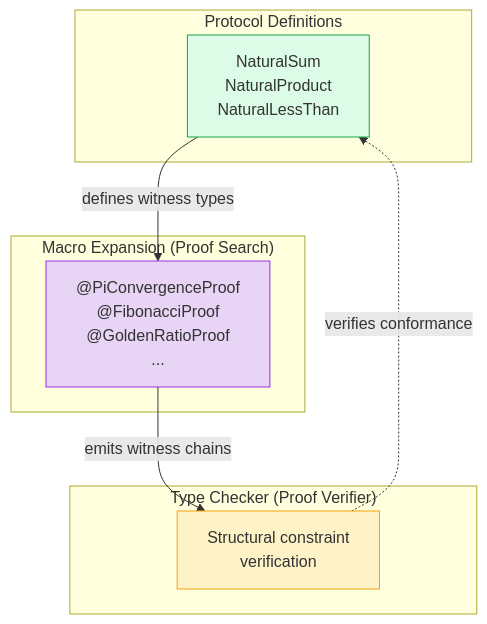
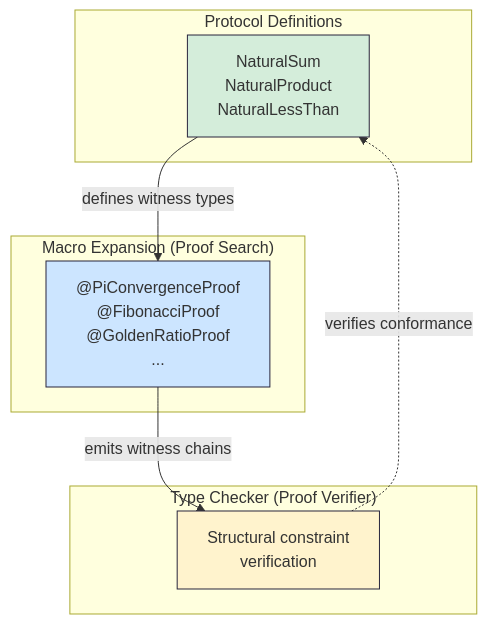
One commit to jakebromberg/misuse-of-notation changed the diagram in tutorial/diagrams/macro-architecture.mmd. Above: the diagram before and after it, drawn with Mermaid. The commit also changed 11 other files, not shown here.

Commit message:
Style diagrams to match reference: drop shadows, white fills, dark strokes

```diff
--- a/tutorial/diagrams/macro-architecture.mmd
+++ b/tutorial/diagrams/macro-architecture.mmd
@@ -1,20 +1,20 @@
 flowchart TB
     subgraph Protocols ["Protocol Definitions"]
         P["NaturalSum\nNaturalProduct\nNaturalLessThan"]
     end
 
     subgraph Macros ["Macro Expansion (Proof Search)"]
         M["@PiConvergenceProof\n@FibonacciProof\n@GoldenRatioProof\n..."]
     end
 
     subgraph Checker ["Type Checker (Proof Verifier)"]
         C["Structural constraint\nverification"]
     end
 
     P -- "defines witness types" --> M
     M -- "emits witness chains" --> C
     C -. "verifies conformance" .-> P
 
-    style P fill:#dcfce7,stroke:#16a34a
-    style M fill:#e8d5f5,stroke:#9333ea
-    style C fill:#fef3c7,stroke:#f59e0b
+    style P fill:#d4edda,stroke:#28253D
+    style M fill:#cce5ff,stroke:#28253D
+    style C fill:#fff3cd,stroke:#28253D
```
